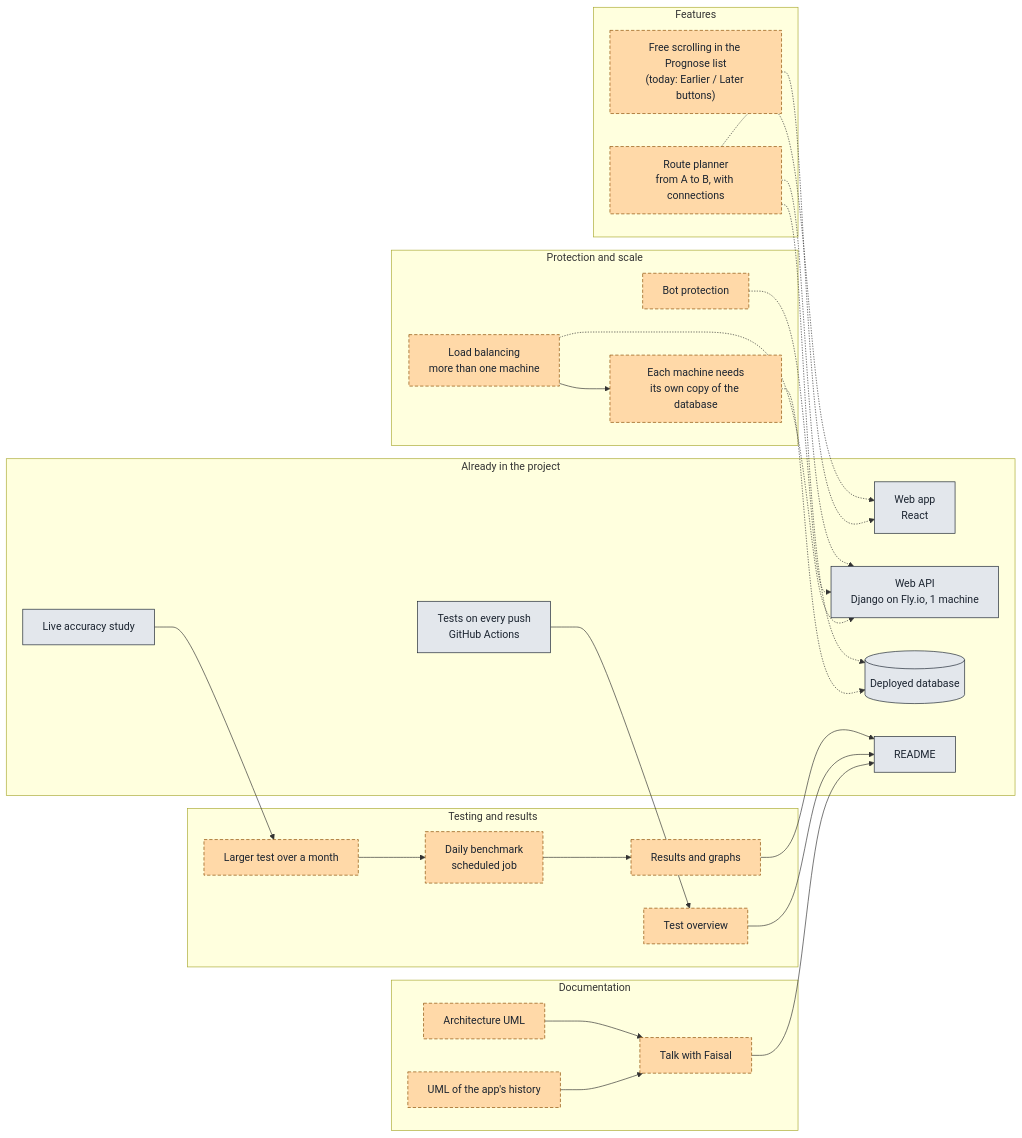
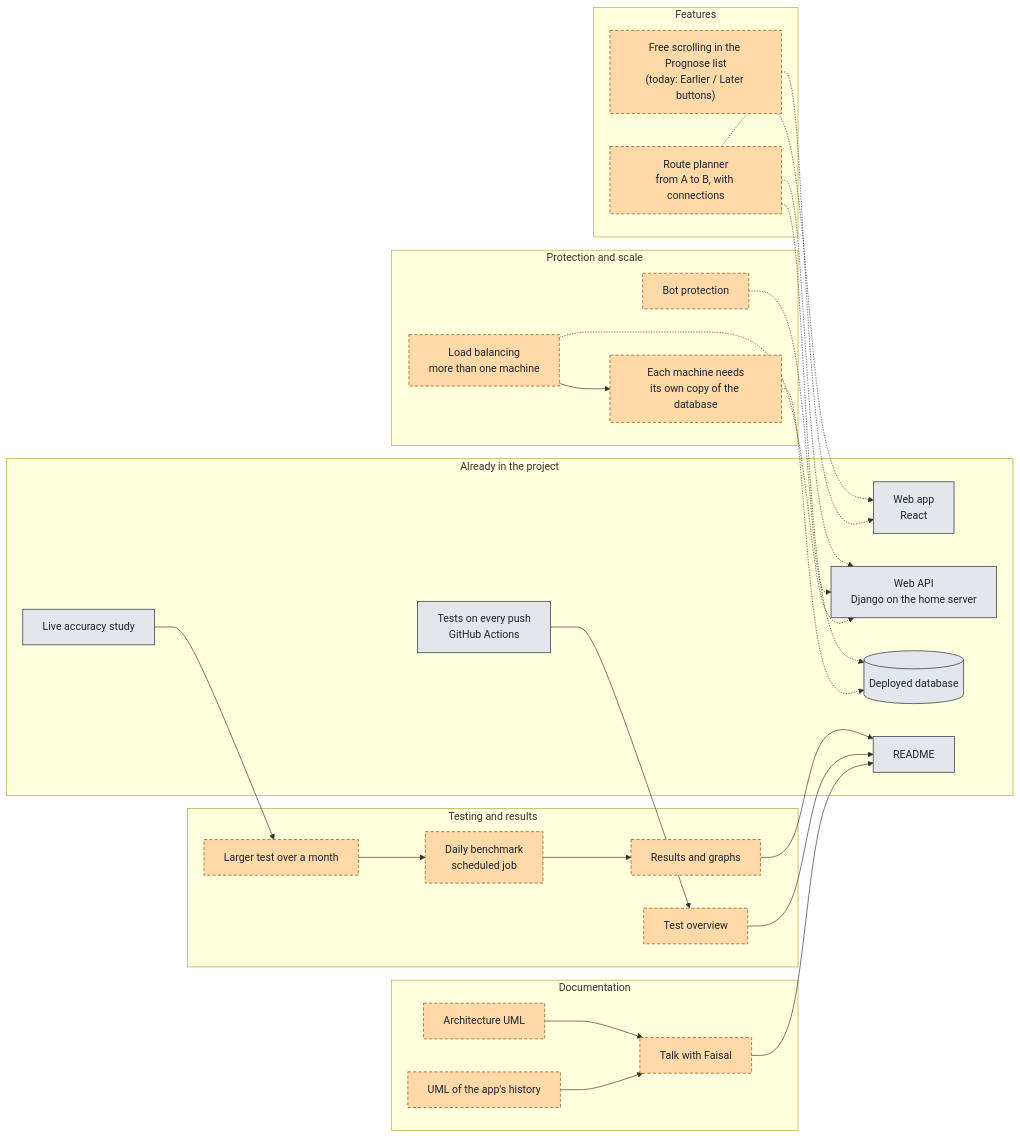
The diagram in docs/todo-uml.md (AnasSh123G/DB-reliability-app), drawn with Mermaid before and after one commit. The commit also changed 8 other files, not shown here.

First line of the commit message:
chore(deploy): remove Fly.io, the home server is the only deployment

````diff
--- a/docs/todo-uml.md
+++ b/docs/todo-uml.md
@@ -3,56 +3,56 @@
 ```mermaid
 flowchart LR
   subgraph NOW["Already in the project"]
     APP["Web app<br/>React"]
-    API["Web API<br/>Django on Fly.io, 1 machine"]
+    API["Web API<br/>Django on the home server"]
     DDB[("Deployed database")]
     STUDY["Live accuracy study"]
     CI["Tests on every push<br/>GitHub Actions"]
     README["README"]
   end
 
   subgraph FEAT["Features"]
     PLAN["Route planner<br/>from A to B, with connections"]
     SCROLL["Free scrolling in the Prognose list<br/>(today: Earlier / Later buttons)"]
   end
 
   subgraph OPS["Protection and scale"]
     BOT["Bot protection"]
     LB["Load balancing<br/>more than one machine"]
     COPY["Each machine needs<br/>its own copy of the database"]
   end
 
   subgraph TEST["Testing and results"]
     MONTH["Larger test over a month"]
     DAILY["Daily benchmark<br/>scheduled job"]
     GRAPHS["Results and graphs"]
     TESTSHOW["Test overview"]
   end
 
   subgraph DOCS["Documentation"]
     UMLA["Architecture UML"]
     UMLH["UML of the app's history"]
     FAISAL["Talk with Faisal"]
   end
 
   PLAN -.-> APP
   PLAN -.-> API
   PLAN -.-> DDB
   SCROLL -.-> APP
   BOT -.-> API
   LB -.-> API
   LB --> COPY
   COPY -.-> DDB
 
   STUDY --> MONTH --> DAILY --> GRAPHS --> README
   CI --> TESTSHOW --> README
 
   UMLA --> FAISAL
   UMLH --> FAISAL
   FAISAL --> README
 
   classDef have fill:#e3e7ec,stroke:#1b2430,color:#1b2430
   classDef todo fill:#ffd9a8,stroke:#8a4b00,stroke-dasharray:5 3,color:#1b2430
   class APP,API,DDB,STUDY,CI,README have
   class PLAN,SCROLL,BOT,LB,COPY,MONTH,DAILY,GRAPHS,TESTSHOW,UMLA,UMLH,FAISAL todo
 ```
````
